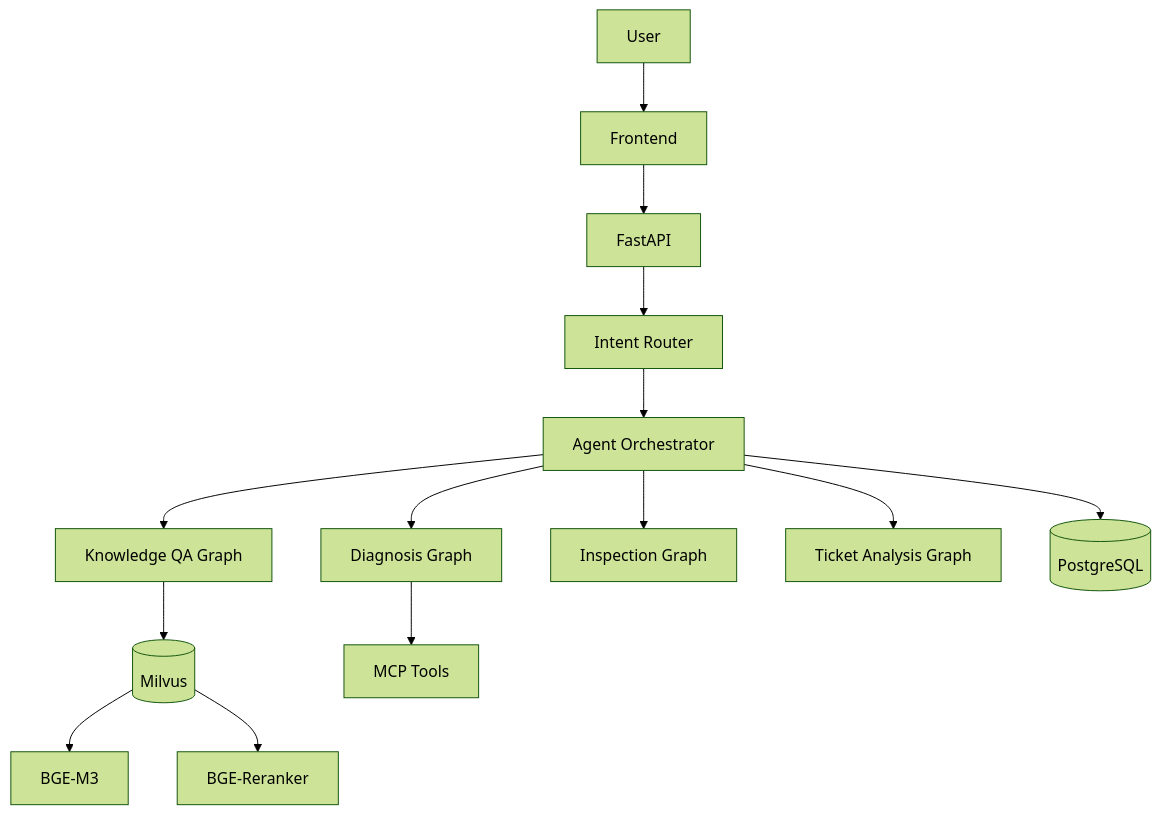
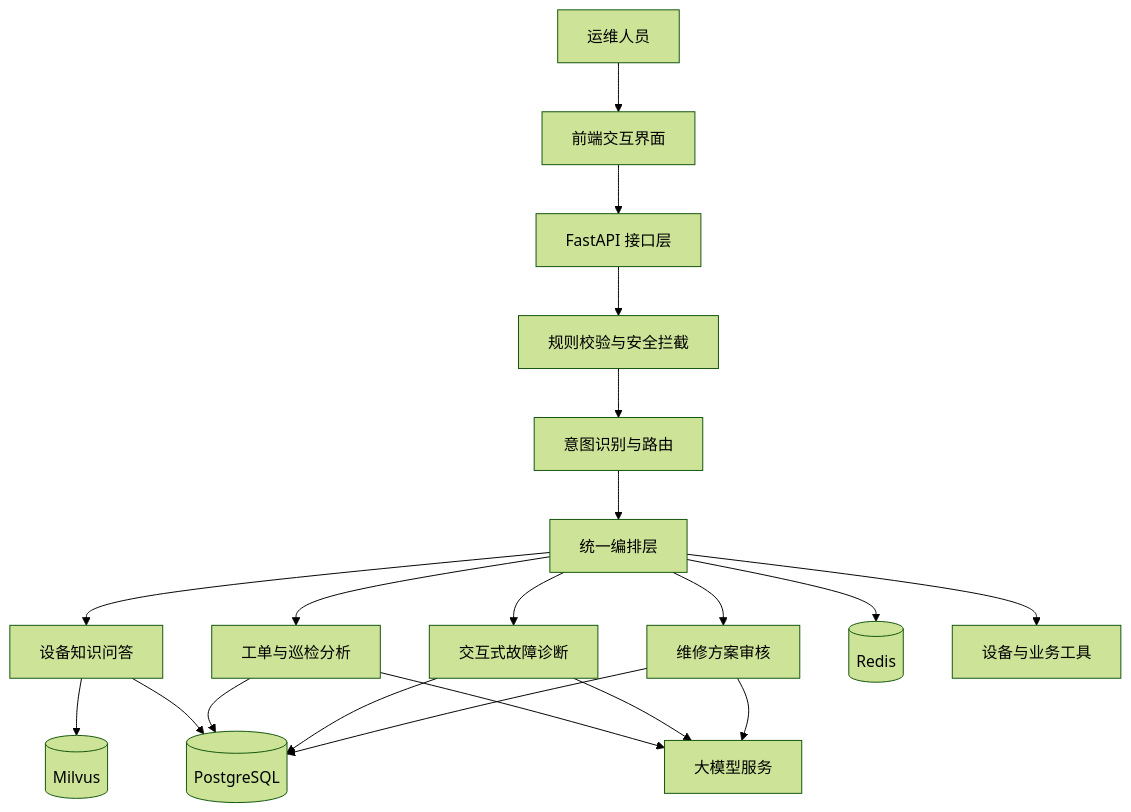
The diagram in docs/projects/industrial-agent.md (luy313412-web/luy313412-web.github.io), drawn with Mermaid (forest theme) before and after one commit. The commit also changed other lines of this file and 1 other file, not shown here.

Commit message:
rewrite industrial agent and enterprise rag pages

````diff
--- a/docs/projects/industrial-agent.md
+++ b/docs/projects/industrial-agent.md
@@ -44,38 +37,45 @@
-``` mermaid
+```mermaid
 flowchart TB
 
-User[User]
-FE[Frontend]
-API[FastAPI]
-Router[Intent Router]
-Orchestrator[Agent Orchestrator]
+User[运维人员]
+FE[前端交互界面]
+API[FastAPI 接口层]
+Guard[规则校验与安全拦截]
+Router[意图识别与路由]
+Orch[统一编排层]
 
-Diagnosis[Diagnosis Graph]
-Knowledge[Knowledge QA Graph]
-Inspection[Inspection Graph]
-Ticket[Ticket Analysis Graph]
+QA[设备知识问答]
+Order[工单与巡检分析]
+Diag[交互式故障诊断]
+Review[维修方案审核]
 
-VectorDB[(Milvus)]
-Embedding[BGE-M3]
-Reranker[BGE-Reranker]
-
-Memory[(PostgreSQL)]
-Tools[MCP Tools]
+LLM[大模型服务]
+Milvus[(Milvus)]
+PG[(PostgreSQL)]
+Redis[(Redis)]
+Tools[设备与业务工具]
 
 User --> FE
 FE --> API
-API --> Router
-Router --> Orchestrator
+API --> Guard
+Guard --> Router
+Router --> Orch
 
-Orchestrator --> Diagnosis
-Orchestrator --> Knowledge
-Orchestrator --> Inspection
-Orchestrator --> Ticket
+Orch --> QA
+Orch --> Order
+Orch --> Diag
+Orch --> Review
 
-Knowledge --> VectorDB
-VectorDB --> Embedding
-VectorDB --> Reranker
+QA --> Milvus
+Order --> LLM
+Diag --> LLM
+Review --> LLM
 
-Orchestrator --> Memory
-Diagnosis --> Tools
+QA --> PG
+Order --> PG
+Diag --> PG
+Review --> PG
+
+Orch --> Redis
+Orch --> Tools
 ```
````
